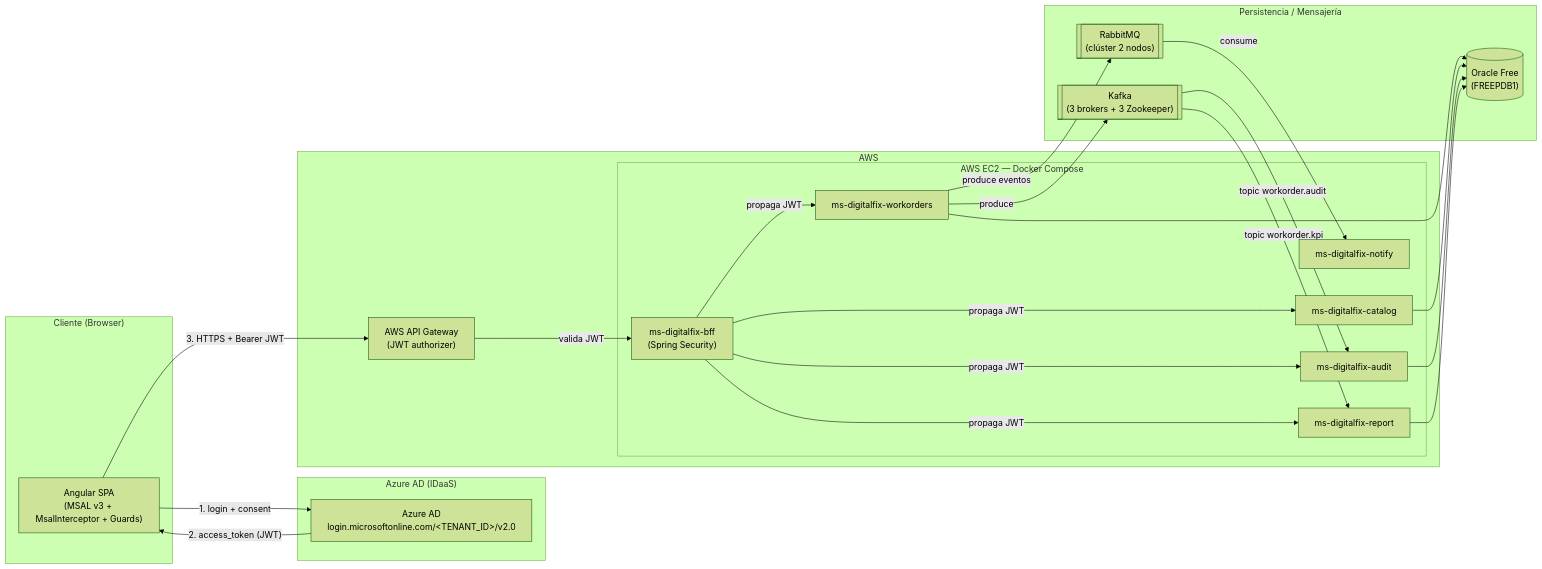
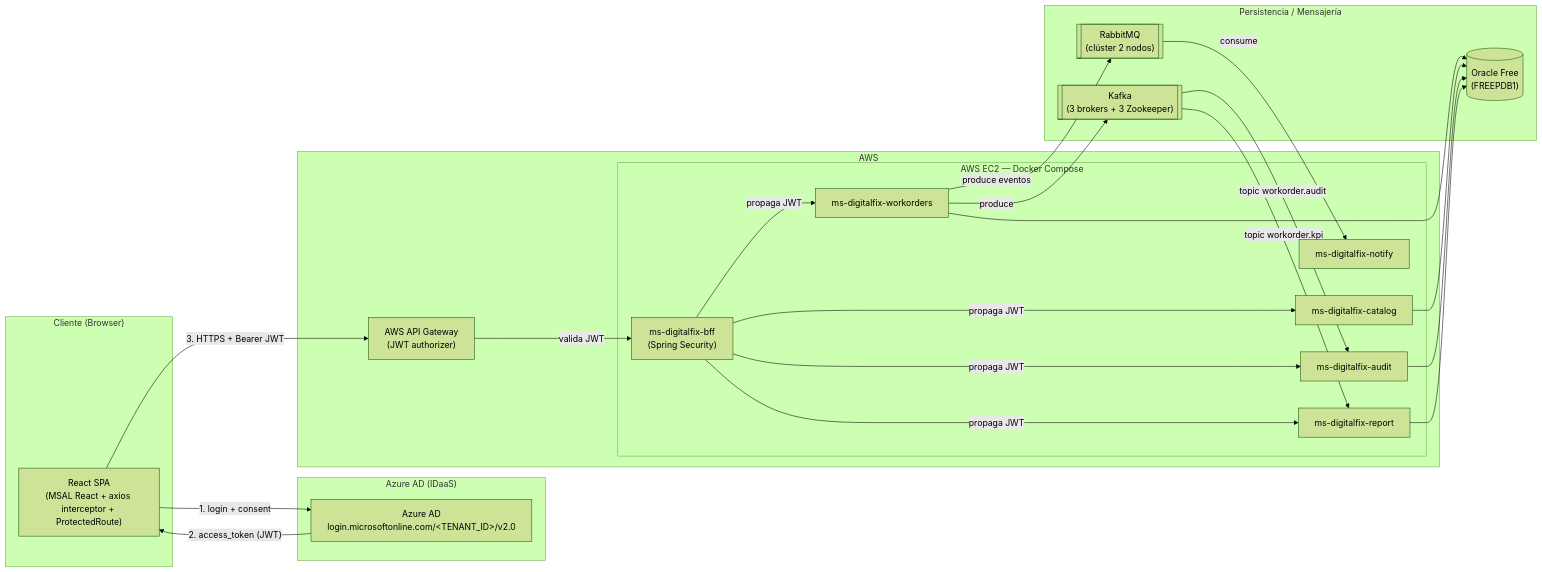
Before and after one commit to yasser-duoc/CloudNative: the diagram in README.md, drawn with Mermaid (forest theme). The commit also changed other lines of this file and 32 other files, not shown here.

Commit message:
feat: migrar frontend de Angular a React.js (MSAL React) + CORS puerto 3000

````diff
--- a/README.md
+++ b/README.md
@@ -12,50 +12,50 @@
 ```mermaid
 flowchart LR
     subgraph Client["Cliente (Browser)"]
-        FE["Angular SPA<br/>(MSAL v3 + MsalInterceptor + Guards)"]
+        FE["React SPA<br/>(MSAL React + axios interceptor + ProtectedRoute)"]
     end
 
     subgraph Azure["Azure AD (IDaaS)"]
         AAD["Azure AD<br/>login.microsoftonline.com/&lt;TENANT_ID&gt;/v2.0"]
     end
 
     FE -->|"1. login + consent"| AAD
     AAD -->|"2. access_token (JWT)"| FE
 
     subgraph AWS["AWS"]
         GW["AWS API Gateway<br/>(JWT authorizer)"]
         subgraph EC2["AWS EC2 — Docker Compose"]
             BFF["ms-digitalfix-bff<br/>(Spring Security)"]
             WO["ms-digitalfix-workorders"]
             CAT["ms-digitalfix-catalog"]
             NTF["ms-digitalfix-notify"]
             AUD["ms-digitalfix-audit"]
             RPT["ms-digitalfix-report"]
         end
     end
 
     FE -->|"3. HTTPS + Bearer JWT"| GW
     GW -->|"valida JWT"| BFF
     BFF -->|"propaga JWT"| WO
     BFF -->|"propaga JWT"| CAT
     BFF -->|"propaga JWT"| AUD
     BFF -->|"propaga JWT"| RPT
 
     subgraph Data["Persistencia / Mensajería"]
         ORA[("Oracle Free<br/>(FREEPDB1)")]
         RMQ[["RabbitMQ<br/>(clúster 2 nodos)"]]
         KFK[["Kafka<br/>(3 brokers + 3 Zookeeper)"]]
     end
 
     WO --> ORA
     CAT --> ORA
     AUD --> ORA
     RPT --> ORA
 
     WO -->|"produce eventos"| RMQ
     RMQ -->|"consume"| NTF
 
     WO -->|"produce"| KFK
     KFK -->|"topic workorder.audit"| AUD
     KFK -->|"topic workorder.kpi"| RPT
 ```
````
